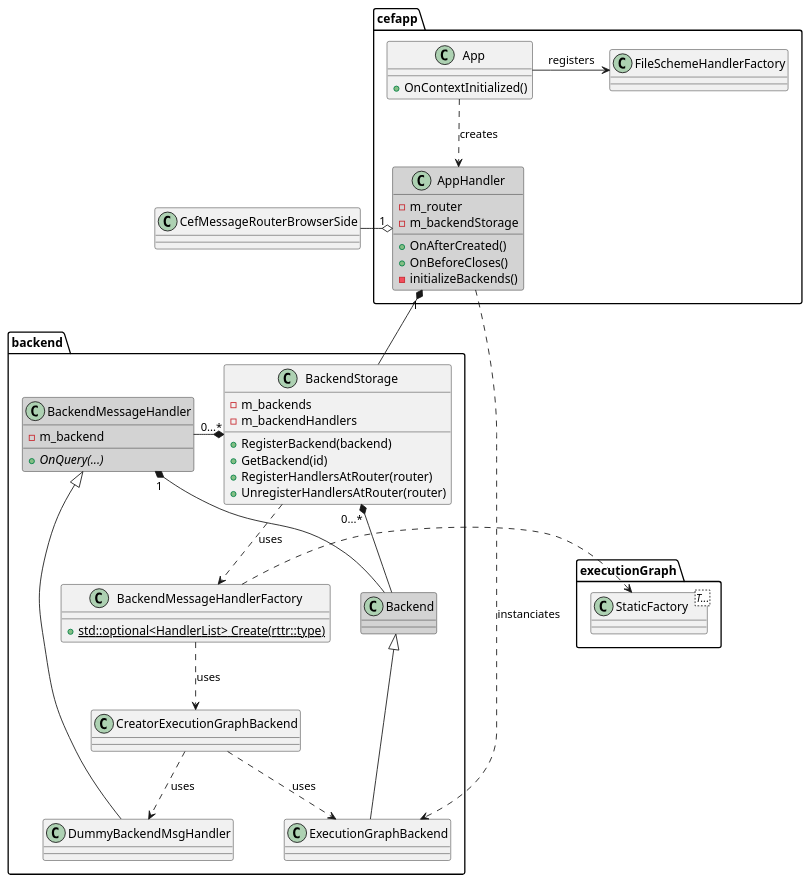
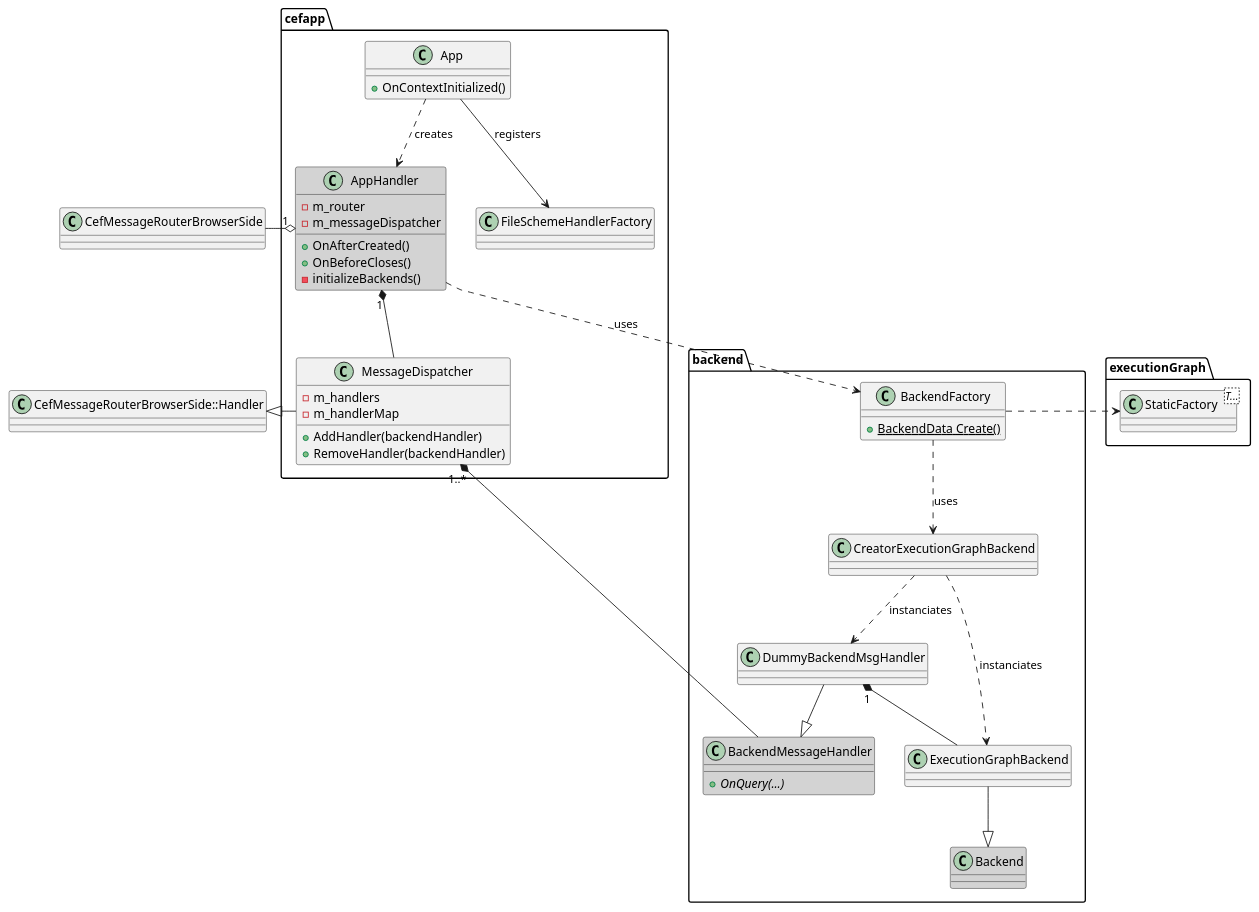
One commit to gabyx/ExecutionGraph changed the diagram in gui/specs/client-backend.plantuml. Above: the diagram before and after it, drawn with PlantUML. The commit also changed 15 other files, not shown here.

```diff
--- a/gui/specs/client-backend.plantuml
+++ b/gui/specs/client-backend.plantuml
@@ -2,73 +2,71 @@
 @startuml
 set namespaceSeparator ::
 skinparam shadowing false
+
+class CefMessageRouterBrowserSide
+class Handler as "CefMessageRouterBrowserSide::Handler"
 
 namespace cefapp{
     class App{
         + OnContextInitialized()
     }
     class AppHandler #D3D3D3{
         + OnAfterCreated()
         + OnBeforeCloses()
         - m_router
-        - m_backendStorage
+        - m_messageDispatcher
         - initializeBackends()
+    }
+
+    class MessageDispatcher {
+        + AddHandler(backendHandler)
+        + RemoveHandler(backendHandler)
+        - m_handlers
+        - m_handlerMap
     }
     class FileSchemeHandlerFactory
 }
 
-class CefMessageRouterBrowserSide
 
 cefapp::App ..> cefapp::AppHandler : creates
-cefapp::App -right-> cefapp::FileSchemeHandlerFactory : registers
+cefapp::App --> cefapp::FileSchemeHandlerFactory : registers
 
 cefapp::AppHandler "1" o-left- CefMessageRouterBrowserSide
-cefapp::AppHandler "1" *-down- backend::BackendStorage
+cefapp::AppHandler "1" *-- cefapp::MessageDispatcher
+cefapp::MessageDispatcher -left-|> Handler
+cefapp::MessageDispatcher "1..*" *--- backend::BackendMessageHandler
 
 namespace backend {
     class Backend #D3D3D3
     class BackendMessageHandler #D3D3D3{
-        - m_backend
         + OnQuery(...) {abstract} 
     }
 
-    class BackendStorage {
-        + RegisterBackend(backend)
-        + GetBackend(id)
-        + RegisterHandlersAtRouter(router)
-        + UnregisterHandlersAtRouter(router)
-        - m_backends
-        - m_backendHandlers
-    }
-
-    class BackendMessageHandlerFactory {
-        + std::optional<HandlerList> Create(rttr::type) {static}
+    class BackendFactory {
+        + BackendData Create() {static}
     }
 
     class CreatorExecutionGraphBackend
 
     class DummyBackendMsgHandler
 }
 
 namespace executionGraph {
     class StaticFactory<T...>
 }
 
+cefapp::AppHandler ..> backend::BackendFactory : uses
 
-backend::BackendStorage "0...*" *-right- backend::Backend
-backend::BackendStorage "0...*" *-right- backend::BackendMessageHandler
-backend::BackendMessageHandler "1" *-- backend::Backend
-backend::BackendStorage .down.> backend::BackendMessageHandlerFactory : uses
+backend::ExecutionGraphBackend --|> backend::Backend
+backend::DummyBackendMsgHandler --|> backend::BackendMessageHandler
 
-cefapp::AppHandler .right.> backend::ExecutionGraphBackend : instanciates
+backend::BackendFactory ..> backend::CreatorExecutionGraphBackend : uses
 
-backend::ExecutionGraphBackend -up-|> backend::Backend
-backend::DummyBackendMsgHandler -up-|> backend::BackendMessageHandler
+backend::CreatorExecutionGraphBackend ..> backend::ExecutionGraphBackend : instanciates
+backend::CreatorExecutionGraphBackend ..> backend::DummyBackendMsgHandler : instanciates
 
-backend::BackendMessageHandlerFactory .down.> backend::CreatorExecutionGraphBackend : uses
+backend::DummyBackendMsgHandler "1" *-- backend::ExecutionGraphBackend
 
-backend::CreatorExecutionGraphBackend .down.> backend::ExecutionGraphBackend : uses
-backend::CreatorExecutionGraphBackend .down.> backend::DummyBackendMsgHandler : uses
+backend::BackendFactory .right.> executionGraph::StaticFactory
 
-backend::BackendMessageHandlerFactory .right.> executionGraph::StaticFactory
 @enduml
```
